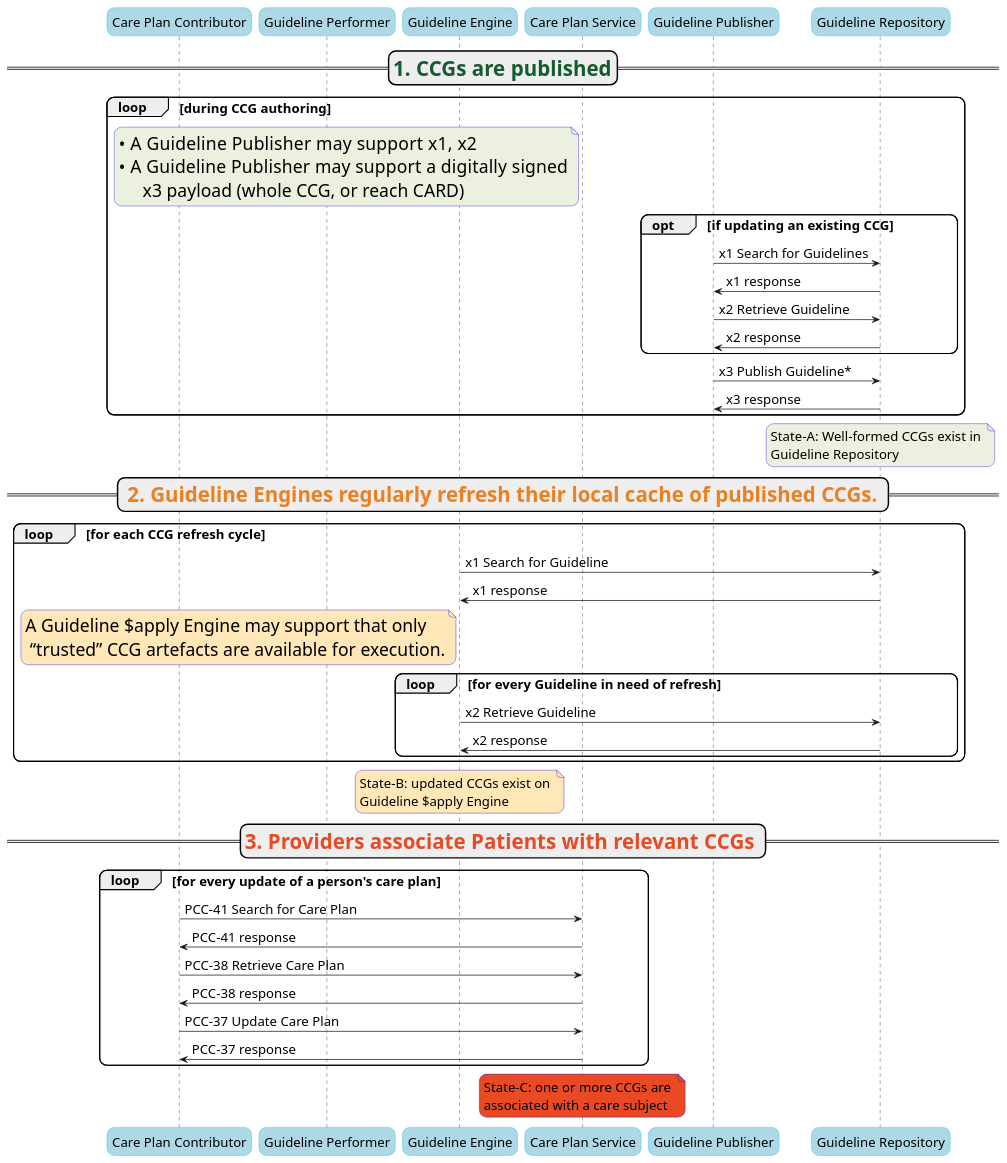
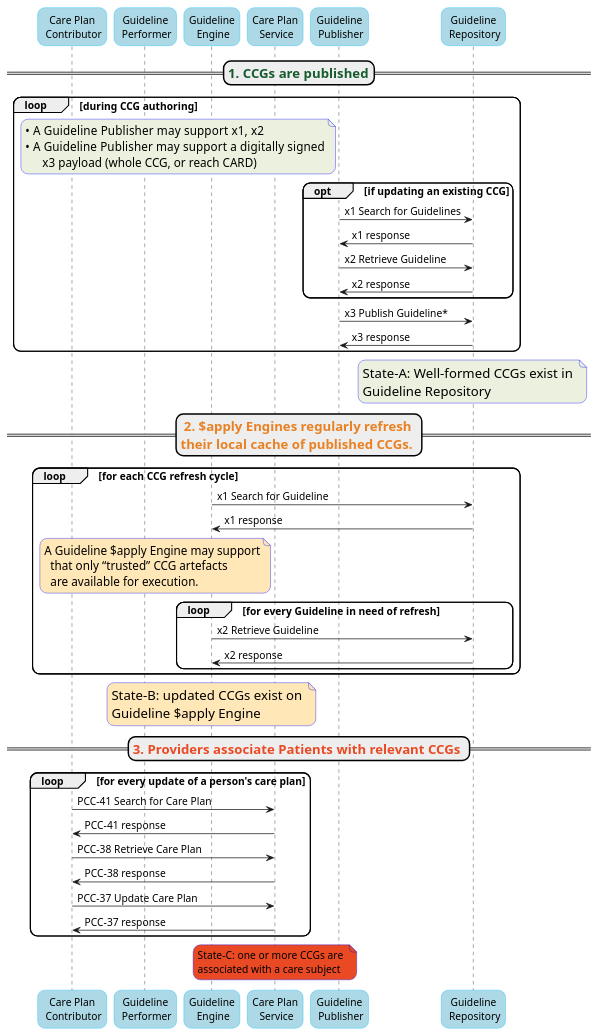
The diagram in input/images-source/image7.plantuml (IHE/QRPH.CCG), drawn with PlantUML before and after one commit. The commit also changed 1 other file, not shown here.

```diff
--- a/input/images-source/image7.plantuml
+++ b/input/images-source/image7.plantuml
@@ -1,65 +1,66 @@
 @startuml
-skinparam defaultFontSize        18
+skinparam defaultFontSize        14
 skinparam roundcorner            20
 skinparam Note {
 BackgroundColor LightBlue
 BorderColor Blue
 }
 skinparam Participant {
 FontName Arial
 Style awesome
 BorderColor DeepSkyBlue
 BackgroundColor LightBlue
 }
-participant "Care Plan Contributor" as cpc
-participant "Guideline Performer" as gf
-participant "Guideline Engine" as ge
-participant "Care Plan Service" as cps
-participant "Guideline Publisher" as gp
-participant "Guideline Repository" as gr
+participant "Care Plan\n Contributor" as cpc
+participant "Guideline\n Performer" as gf
+participant "Guideline\n Engine" as ge
+participant "Care Plan\n Service" as cps
+participant "Guideline\n Publisher" as gp
+participant "Guideline\n Repository" as gr
 
-==<size 28><color #155b2e>1. CCGs are published==
+==<size 18><color #155b2e>1. CCGs are published==
 
 loop during CCG authoring
-  note left of cps #EBF1DE
-<size 24>•   A Guideline Publisher may support x1, x2
-<size 24>•   A Guideline Publisher may support a digitally signed
-   <size 24>   x3 payload (whole CCG, or reach CARD)
+  note left of gp #EBF1DE
+<size 16>•   A Guideline Publisher may support x1, x2
+<size 16>•   A Guideline Publisher may support a digitally signed
+   <size 16>   x3 payload (whole CCG, or reach CARD)
 end note
  opt if updating an existing CCG
   gp -> gr: x1 Search for Guidelines
   gr -> gp: x1 response
 
   gp -> gr: x2 Retrieve Guideline
   gr -> gp: x2 response
  end opt
  gp -> gr: x3 Publish Guideline*
  gr -> gp: x3 response
 end loop
 note over gr #EBF1DE: <size 18>State-A: Well-formed CCGs exist in \n<size 18>Guideline Repository
-==<size 28><color #e98023> 2. Guideline Engines regularly refresh their local cache of published CCGs. ==
+==<size 18><color #e98023> 2. $apply Engines regularly refresh\n<size 18><color #e98023>their local cache of published CCGs. ==
 
 loop for each CCG refresh cycle
  ge -> gr: x1 Search for Guideline
  gr -> ge: x1 response
- note left of ge #FFE7B7
- <size 24>A Guideline $apply Engine may support that only
- <size 24> “trusted” CCG artefacts are available for execution.
+ note left of cps #FFE7B7
+ <size 16>A Guideline $apply Engine may support
+ <size 16>  that only “trusted” CCG artefacts
+ <size 16>  are available for execution.
 end note
  loop for every Guideline in need of refresh
   ge -> gr: x2 Retrieve Guideline
   gr -> ge: x2 response
  end loop for Guideline refresh 
 end loop for refresh cycle
 note over ge #FFE7B7: <size 18>State-B: updated CCGs exist on \n<size 18>Guideline $apply Engine
-==<size 28><color #e94a23>3. Providers associate Patients with relevant CCGs ==
+==<size 18><color #e94a23>3. Providers associate Patients with relevant CCGs ==
 loop for every update of a person's care plan
  cpc -> cps: PCC-41 Search for Care Plan
  cps -> cpc: PCC-41 response
  cpc -> cps: PCC-38 Retrieve Care Plan
  cps -> cpc: PCC-38 response
  cpc -> cps: PCC-37 Update Care Plan
  cps -> cpc: PCC-37 response
 end loop
-note over cps #e94a23: <size 18>State-C: one or more CCGs are \n<size 18>associated with a care subject
+note over cps #e94a23: <size 14>State-C: one or more CCGs are \n<size 14>associated with a care subject
 @enduml
```
